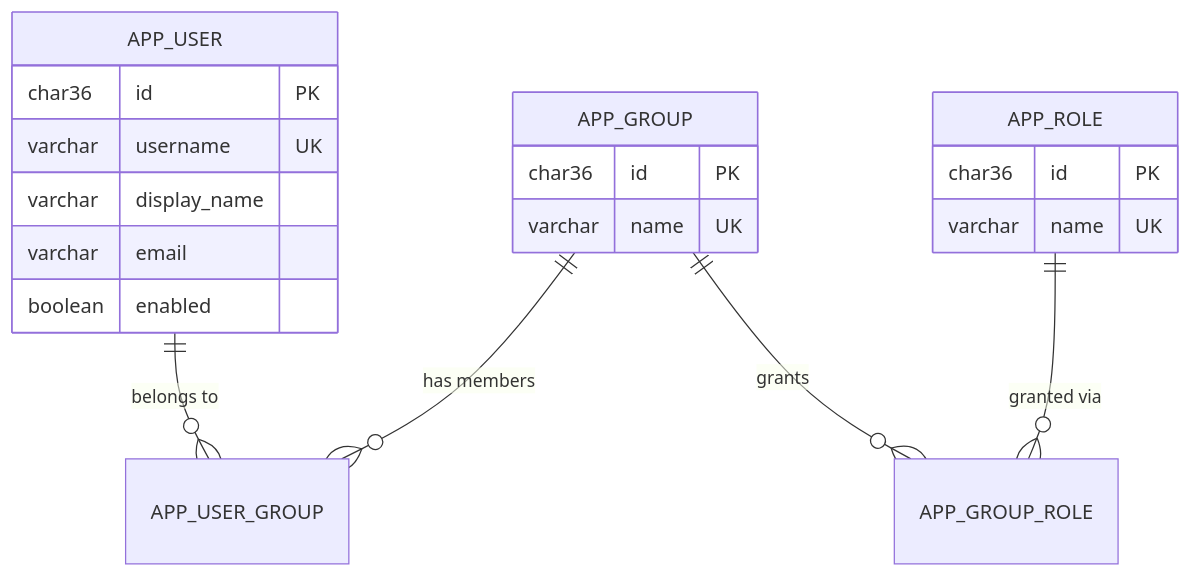
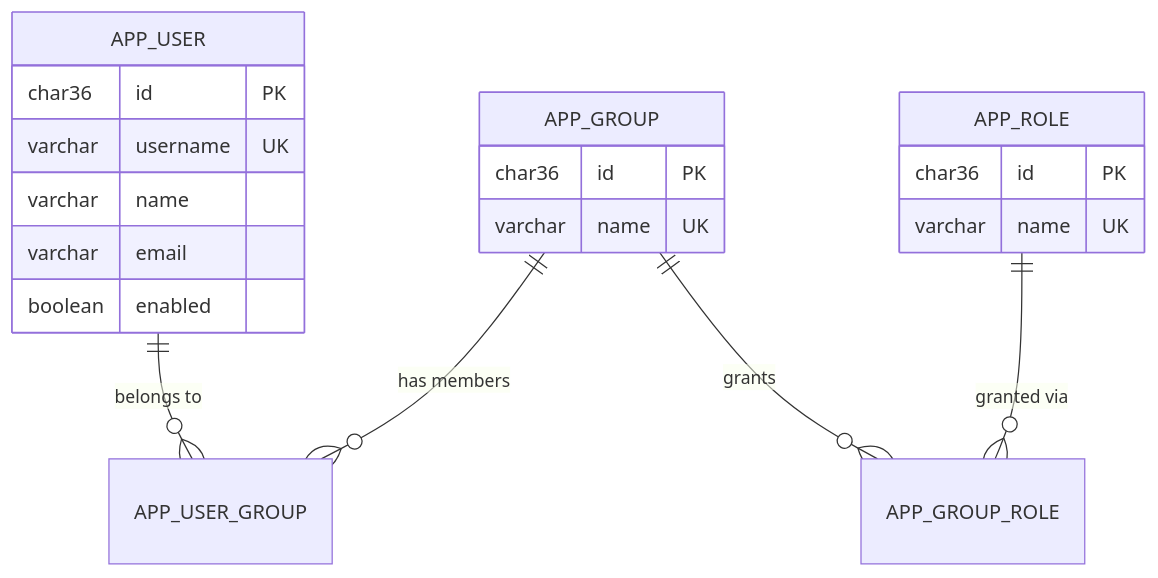
One commit to justin-tay/java-app-web-api-server-template changed the third of 4 diagrams in docs/system-design/05-building-block-view.md. Above: the diagram before and after it, drawn with Mermaid. The commit also changed other lines of this file and 4 other files, not shown here.

````diff
--- a/docs/system-design/05-building-block-view.md
+++ b/docs/system-design/05-building-block-view.md
@@ -133,23 +133,23 @@
 ```mermaid
 erDiagram
     APP_USER ||--o{ APP_USER_GROUP : "belongs to"
     APP_GROUP ||--o{ APP_USER_GROUP : "has members"
     APP_GROUP ||--o{ APP_GROUP_ROLE : "grants"
     APP_ROLE ||--o{ APP_GROUP_ROLE : "granted via"
 
     APP_USER {
         char36 id PK
         varchar username UK
-        varchar display_name
+        varchar name
         varchar email
         boolean enabled
     }
     APP_GROUP {
         char36 id PK
         varchar name UK
     }
     APP_ROLE {
         char36 id PK
         varchar name UK
     }
 ```
````
